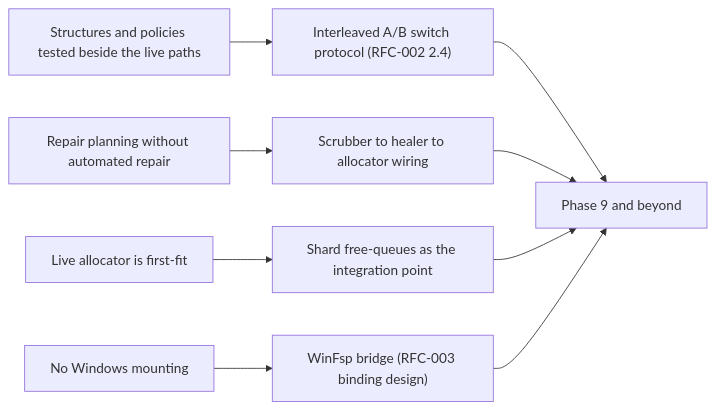
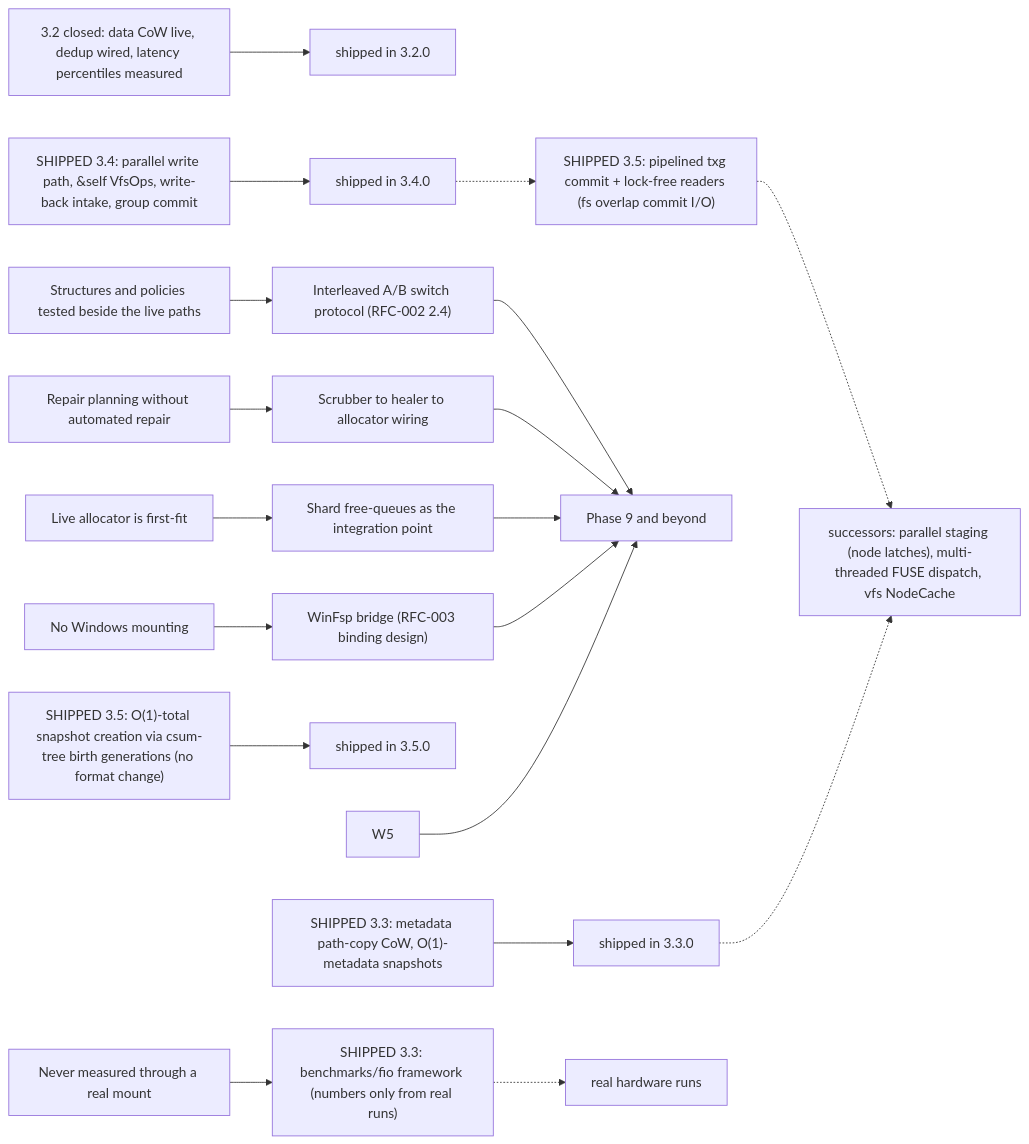
One commit to lionxlover/LionFS changed the second of 2 diagrams in ROADMAP.md. Above: the diagram before and after it, drawn with Mermaid. The commit also changed other lines of this file and 123 other files, not shown here.

````diff
--- a/ROADMAP.md
+++ b/ROADMAP.md
@@ -163,11 +163,21 @@
 ```mermaid
 flowchart LR
+    G0["3.2 closed: data CoW live, dedup wired, latency percentiles measured"] --> DONE["shipped in 3.2.0"]
     G1["Structures and policies tested beside the live paths"] --> AB["Interleaved A/B switch protocol (RFC-002 2.4)"]
     G2["Repair planning without automated repair"] --> W2["Scrubber to healer to allocator wiring"]
     G3["Live allocator is first-fit"] --> W3["Shard free-queues as the integration point"]
     G4["No Windows mounting"] --> W4["WinFsp bridge (RFC-003 binding design)"]
+    G5["SHIPPED 3.3: metadata path-copy CoW, O(1)-metadata snapshots"] --> DONE5["shipped in 3.3.0"]
+    G6["SHIPPED 3.5: O(1)-total snapshot creation via csum-tree birth generations (no format change)"] --> DONE6["shipped in 3.5.0"]
+    G7["SHIPPED 3.4: parallel write path, &self VfsOps, write-back intake, group commit"] --> DONE7["shipped in 3.4.0"]
+    G8["Never measured through a real mount"] --> DONE8["SHIPPED 3.3: benchmarks/fio framework (numbers only from real runs)"]
     AB --> P9["Phase 9 and beyond"]
     W2 --> P9
     W3 --> P9
     W4 --> P9
+    W5 --> P9
+    DONE7 -.-> P11["SHIPPED 3.5: pipelined txg commit + lock-free readers (fs overlap commit I/O)"]
+    P11 -.-> P10["successors: parallel staging (node latches), multi-threaded FUSE dispatch, vfs NodeCache"]
+    DONE5 -.-> P10
+    DONE8 -.-> HW["real hardware runs"]
 ```
````
